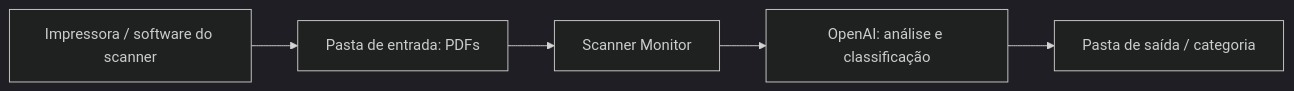
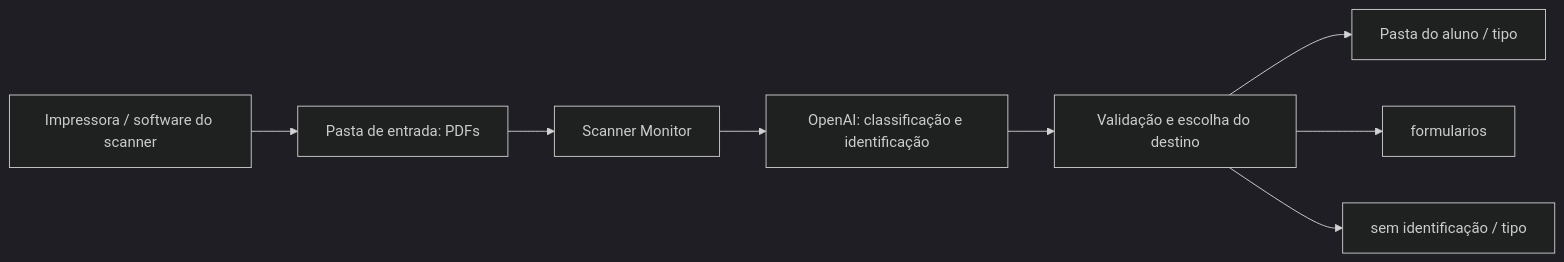
Before and after one commit to ToniMendes/scanner-monitor: the diagram in README.md, drawn with Mermaid (dark theme). The commit also changed other lines of this file and 12 other files, not shown here.

````diff
--- a/README.md
+++ b/README.md
@@ -33,7 +33,10 @@
 ```mermaid
 flowchart LR
     A[Impressora / software do scanner] --> B[Pasta de entrada: PDFs]
     B --> C[Scanner Monitor]
-    C --> D[OpenAI: análise e classificação]
-    D --> E[Pasta de saída / categoria]
+    C --> D[OpenAI: classificação e identificação]
+    D --> E[Validação e escolha do destino]
+    E --> F[Pasta do aluno / tipo]
+    E --> G[formularios]
+    E --> H[sem identificação / tipo]
 ```
````
